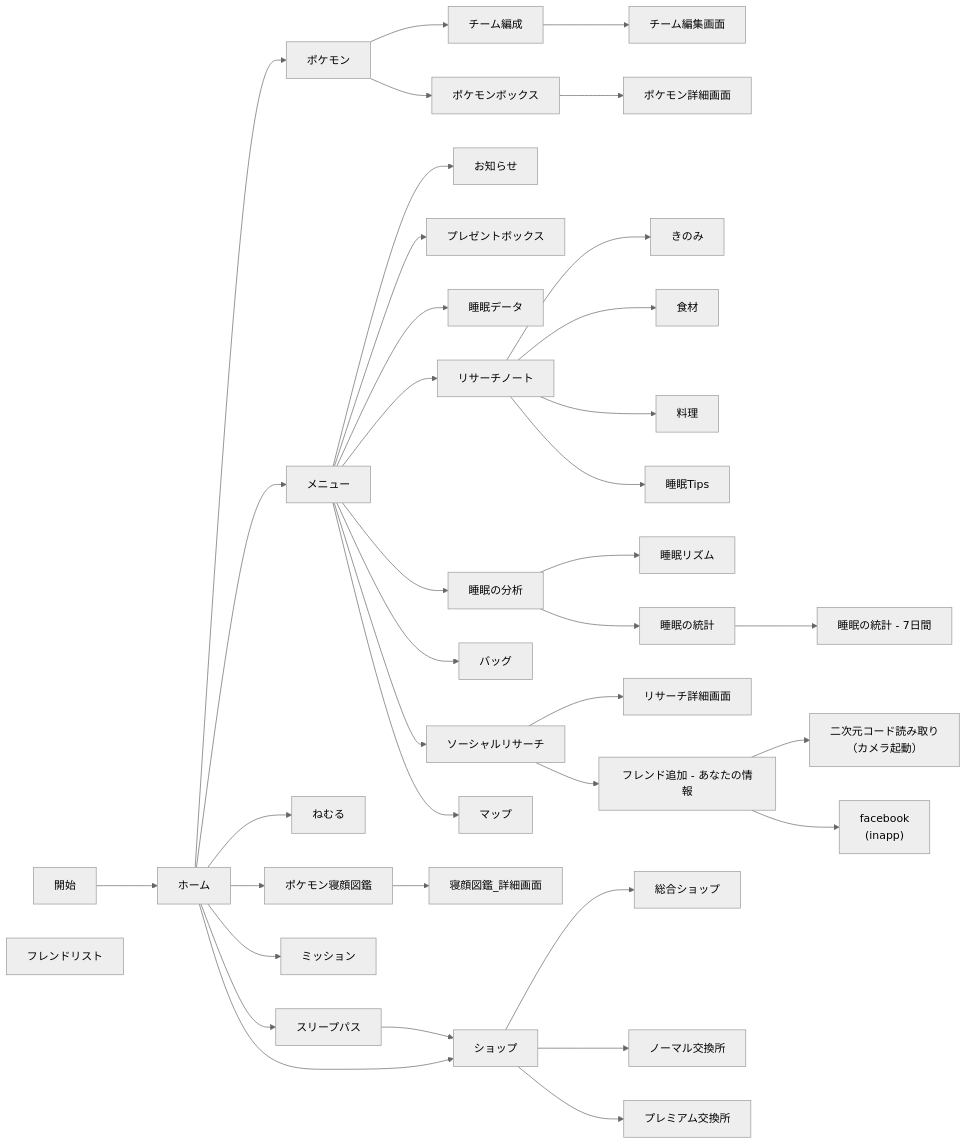
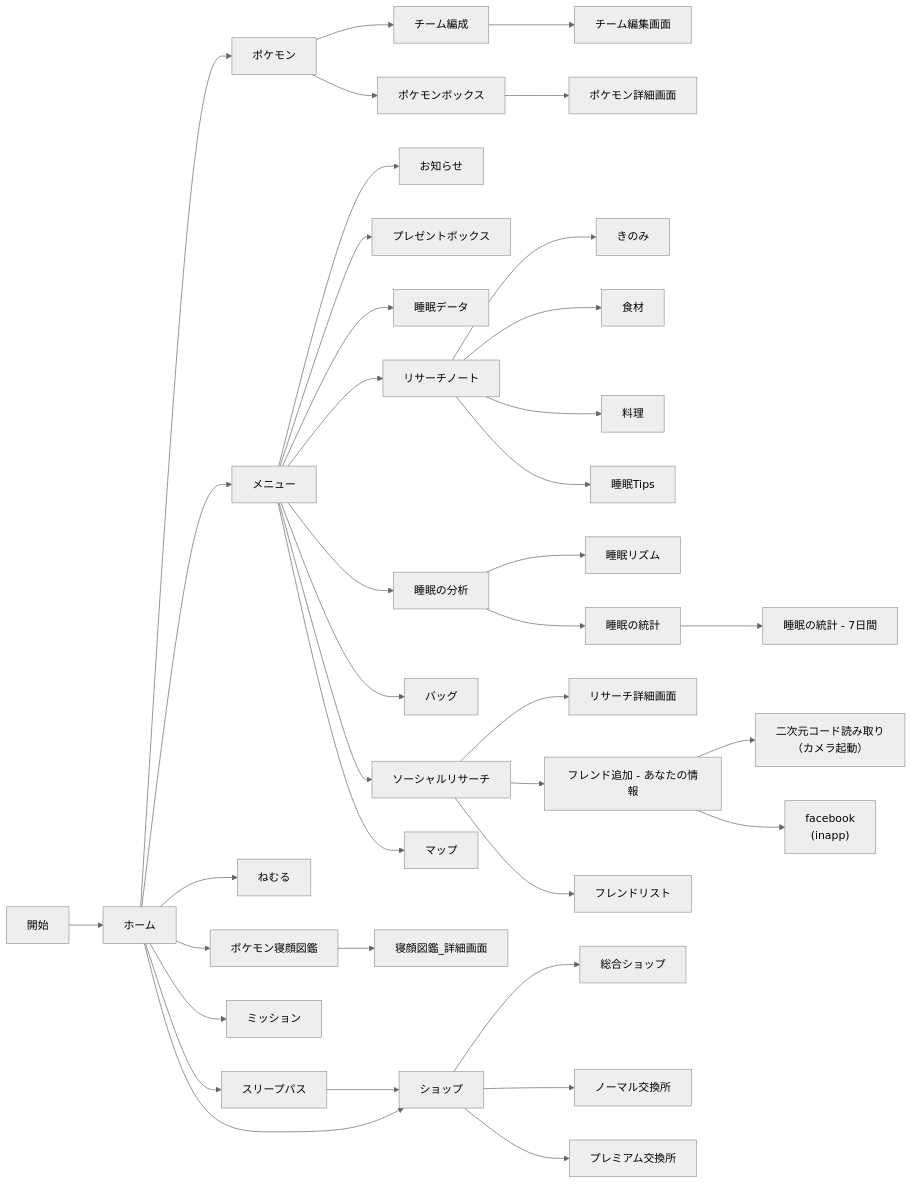
One commit to mrsmsn/poke-sleep-docs changed the diagram in ja/screen_flow.md. Above: the diagram before and after it, drawn with Mermaid (neutral theme).

```diff
--- a/ja/screen_flow.md
+++ b/ja/screen_flow.md
@@ -74,8 +74,9 @@
  menu --> social_research
   social_research --> detail_research
   social_research --> add_friend 
-  add_friend --> read_qr
-  add_friend --> facebook
+  social_research --> list_friend
+    add_friend --> read_qr
+    add_friend --> facebook
  menu --> maps
 
 %% TODO:メニュー数が多すぎて途中
```
